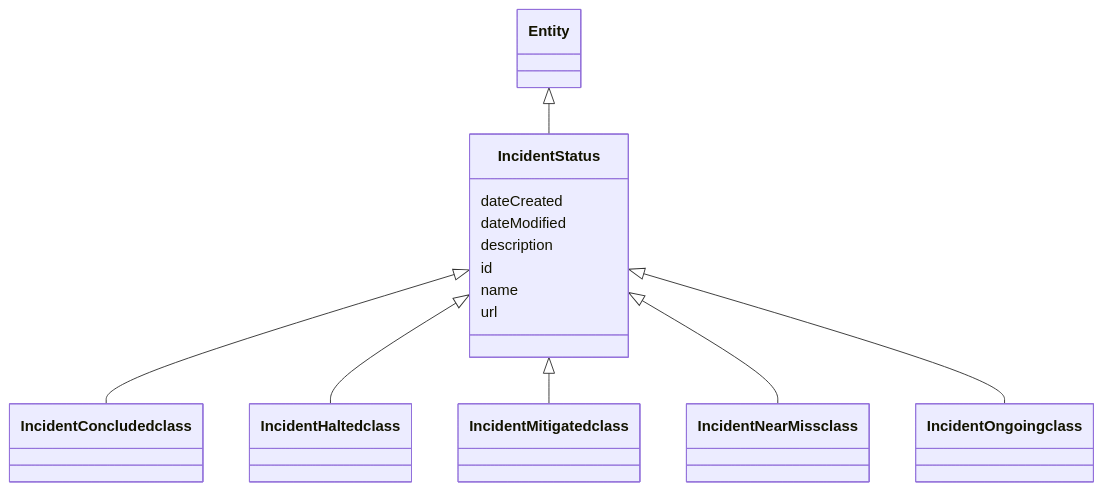
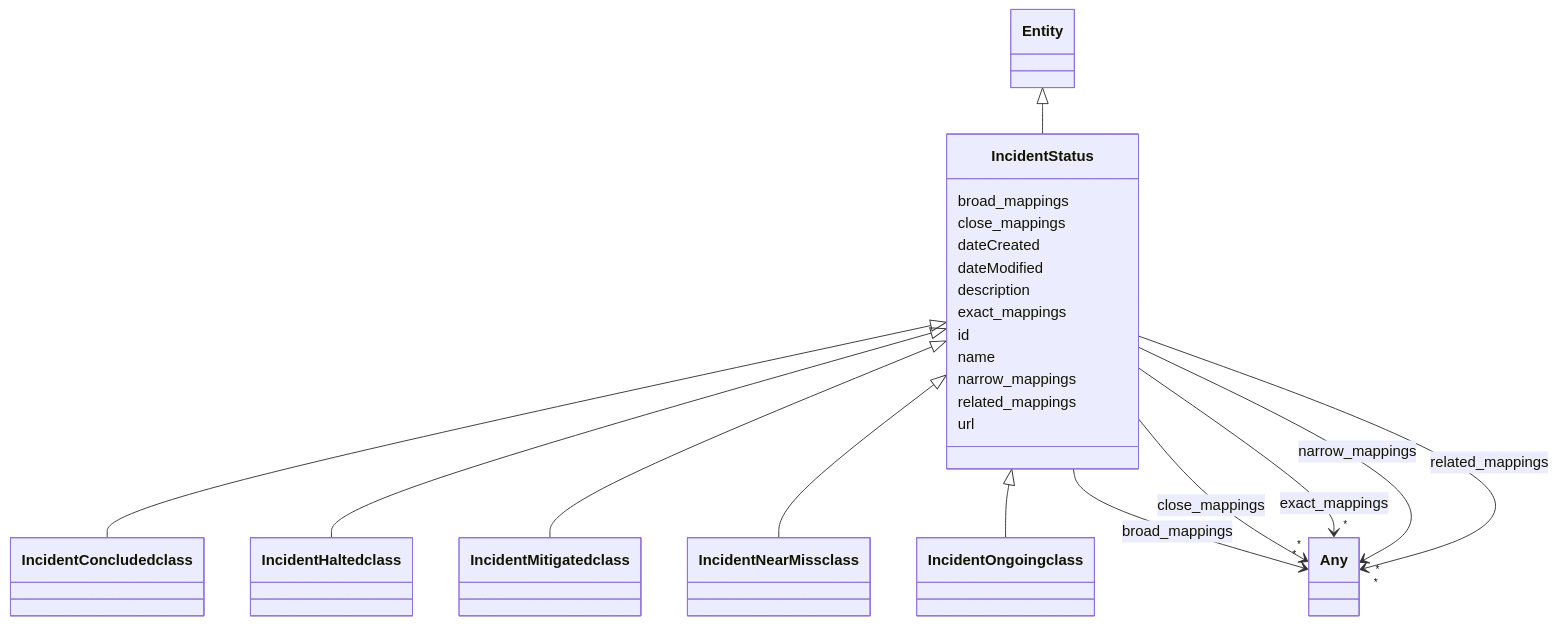
The diagram in docs/ontology/IncidentStatus.md (ingelise/risk-atlas-nexus), drawn with Mermaid before and after one commit. The commit also changed other lines of this file and 180 other files, not shown here.

```diff
--- a/docs/ontology/IncidentStatus.md
+++ b/docs/ontology/IncidentStatus.md
@@ -30,15 +30,70 @@
         click IncidentOngoingclass href "../IncidentOngoingclass/"
 
 
+      IncidentStatus : broad_mappings
+
+
+
+
+
+        IncidentStatus --> "*" Any : broad_mappings
+        click Any href "../Any/"
+
+
+
+      IncidentStatus : close_mappings
+
+
+
+
+
+        IncidentStatus --> "*" Any : close_mappings
+        click Any href "../Any/"
+
+
+
       IncidentStatus : dateCreated
 
       IncidentStatus : dateModified
 
       IncidentStatus : description
 
+      IncidentStatus : exact_mappings
+
+
+
+
+
+        IncidentStatus --> "*" Any : exact_mappings
+        click Any href "../Any/"
+
+
+
       IncidentStatus : id
 
       IncidentStatus : name
+
+      IncidentStatus : narrow_mappings
+
+
+
+
+
+        IncidentStatus --> "*" Any : narrow_mappings
+        click Any href "../Any/"
+
+
+
+      IncidentStatus : related_mappings
+
+
+
+
+
+        IncidentStatus --> "*" Any : related_mappings
+        click Any href "../Any/"
+
+
 
       IncidentStatus : url
 
```
